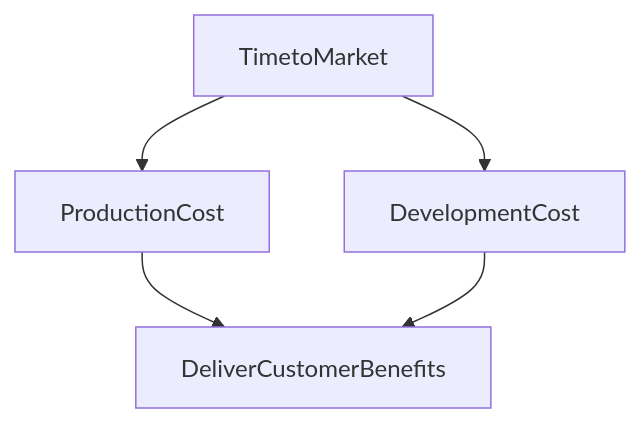
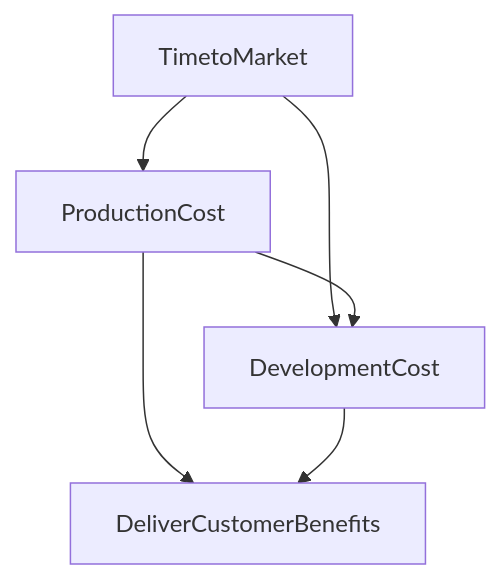
Before and after one commit to aanaberu/ProductManagement-Learn-Hardway: the diagram in README.md, drawn with Mermaid.

````diff
--- a/README.md
+++ b/README.md
@@ -42,7 +42,8 @@
 ```mermaid
 graph TD;
     TimetoMarket-->ProductionCost;
     TimetoMarket-->DevelopmentCost;
+    ProductionCost-->DevelopmentCost;
     ProductionCost-->DeliverCustomerBenefits;
     DevelopmentCost-->DeliverCustomerBenefits;
 ```
````
